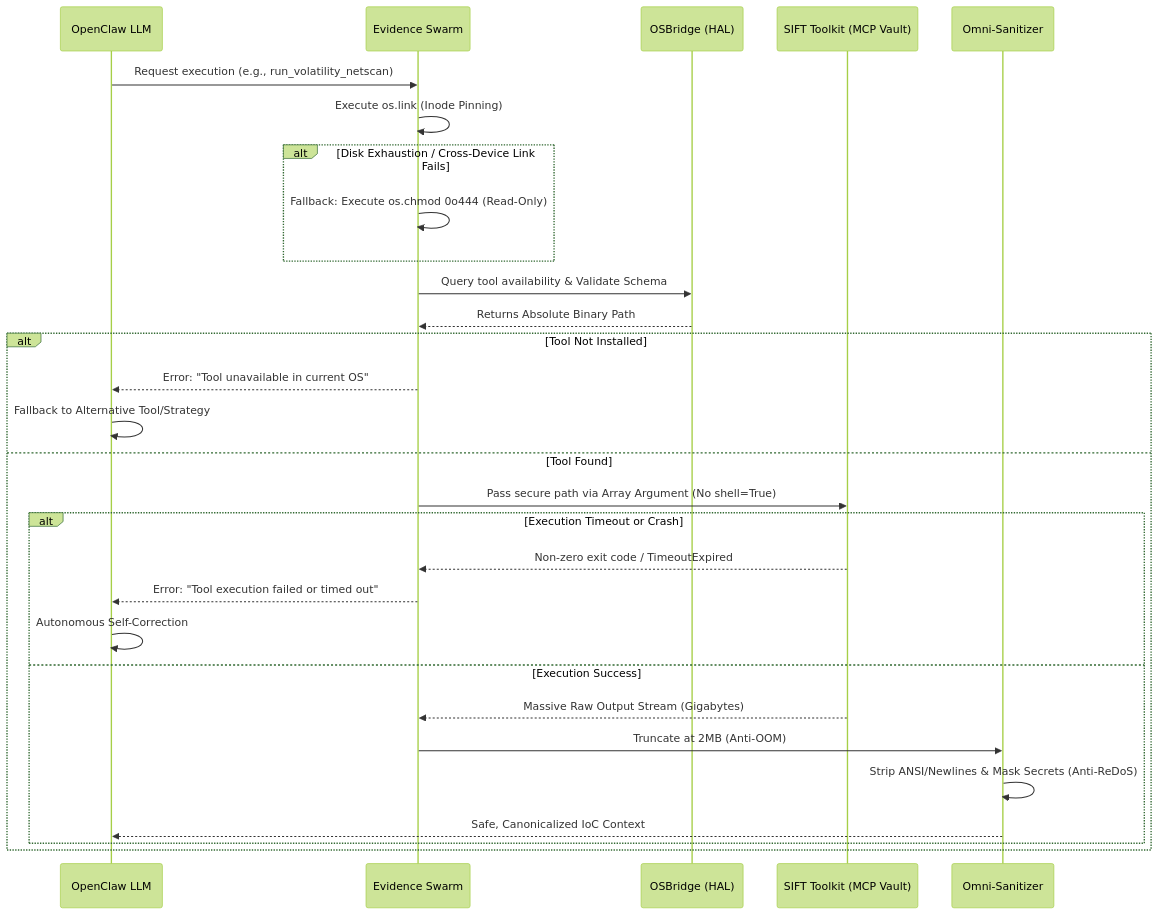
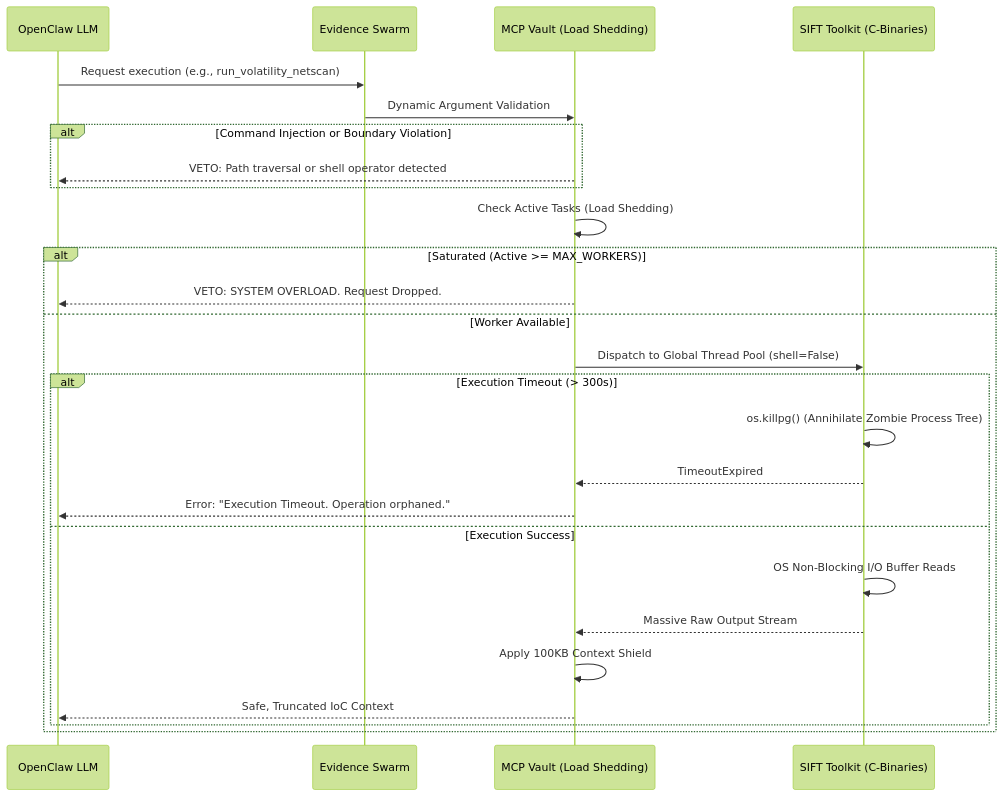
One commit to ArcVielLouvent/yomi-triage-system changed the second of 4 diagrams in README.md. Above: the diagram before and after it, drawn with Mermaid (forest theme). The commit also changed other lines of this file, not shown here.

Commit message:
docs(readme): Synchronization README.md with code after audit

````diff
--- a/README.md
+++ b/README.md
@@ -141,37 +159,32 @@
 ```mermaid
 sequenceDiagram;
     participant LLM as OpenClaw LLM
     participant Swarm as Evidence Swarm
-    participant Bridge as OSBridge (HAL)
-    participant SIFT as SIFT Toolkit (MCP Vault)
-    participant Parser as Omni-Sanitizer
+    participant Vault as MCP Vault (Load Shedding)
+    participant SIFT as SIFT Toolkit (C-Binaries)
 
     LLM->>Swarm: Request execution (e.g., run_volatility_netscan)
-    Swarm->>Swarm: Execute os.link (Inode Pinning)
-
-    alt Disk Exhaustion / Cross-Device Link Fails
-        Swarm->>Swarm: Fallback: Execute os.chmod 0o444 (Read-Only)
+    Swarm->>Vault: Dynamic Argument Validation
+    
+    alt Command Injection or Boundary Violation
+        Vault-->>LLM: VETO: Path traversal or shell operator detected
     end
 
-    Swarm->>Bridge: Query tool availability & Validate Schema
-    Bridge-->>Swarm: Returns Absolute Binary Path
+    Vault->>Vault: Check Active Tasks (Load Shedding)
+    alt Saturated (Active >= MAX_WORKERS)
+        Vault-->>LLM: VETO: SYSTEM OVERLOAD. Request Dropped.
+    else Worker Available
+        Vault->>SIFT: Dispatch to Global Thread Pool (shell=False)
 
-    alt Tool Not Installed
-        Swarm-->>LLM: Error: "Tool unavailable in current OS"
-        LLM->>LLM: Fallback to Alternative Tool/Strategy
-    else Tool Found
-        Swarm->>SIFT: Pass secure path via Array Argument (No shell=True)
-
-        alt Execution Timeout or Crash
-            SIFT-->>Swarm: Non-zero exit code / TimeoutExpired
-            Swarm-->>LLM: Error: "Tool execution failed or timed out"
-            LLM->>LLM: Autonomous Self-Correction
+        alt Execution Timeout (> 300s)
+            SIFT->>SIFT: os.killpg() (Annihilate Zombie Process Tree)
+            SIFT-->>Vault: TimeoutExpired
+            Vault-->>LLM: Error: "Execution Timeout. Operation orphaned."
         else Execution Success
-            SIFT-->>Swarm: Massive Raw Output Stream (Gigabytes)
-            Swarm->>Parser: Truncate at 2MB (Anti-OOM)
-            Parser->>Parser: Strip ANSI/Newlines & Mask Secrets (Anti-ReDoS)
-            Parser-->>LLM: Safe, Canonicalized IoC Context
+            SIFT->>SIFT: OS Non-Blocking I/O Buffer Reads
+            SIFT-->>Vault: Massive Raw Output Stream
+            Vault->>Vault: Apply 100KB Context Shield
+            Vault-->>LLM: Safe, Truncated IoC Context
         end
     end
-
 ```
````
